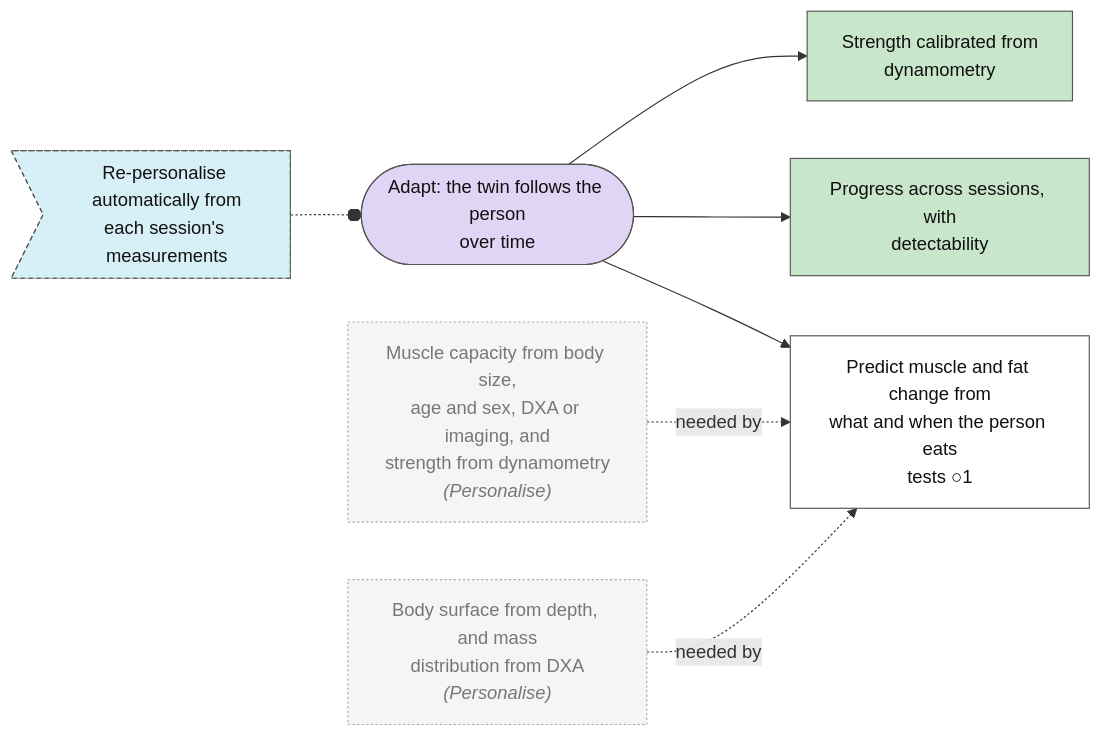
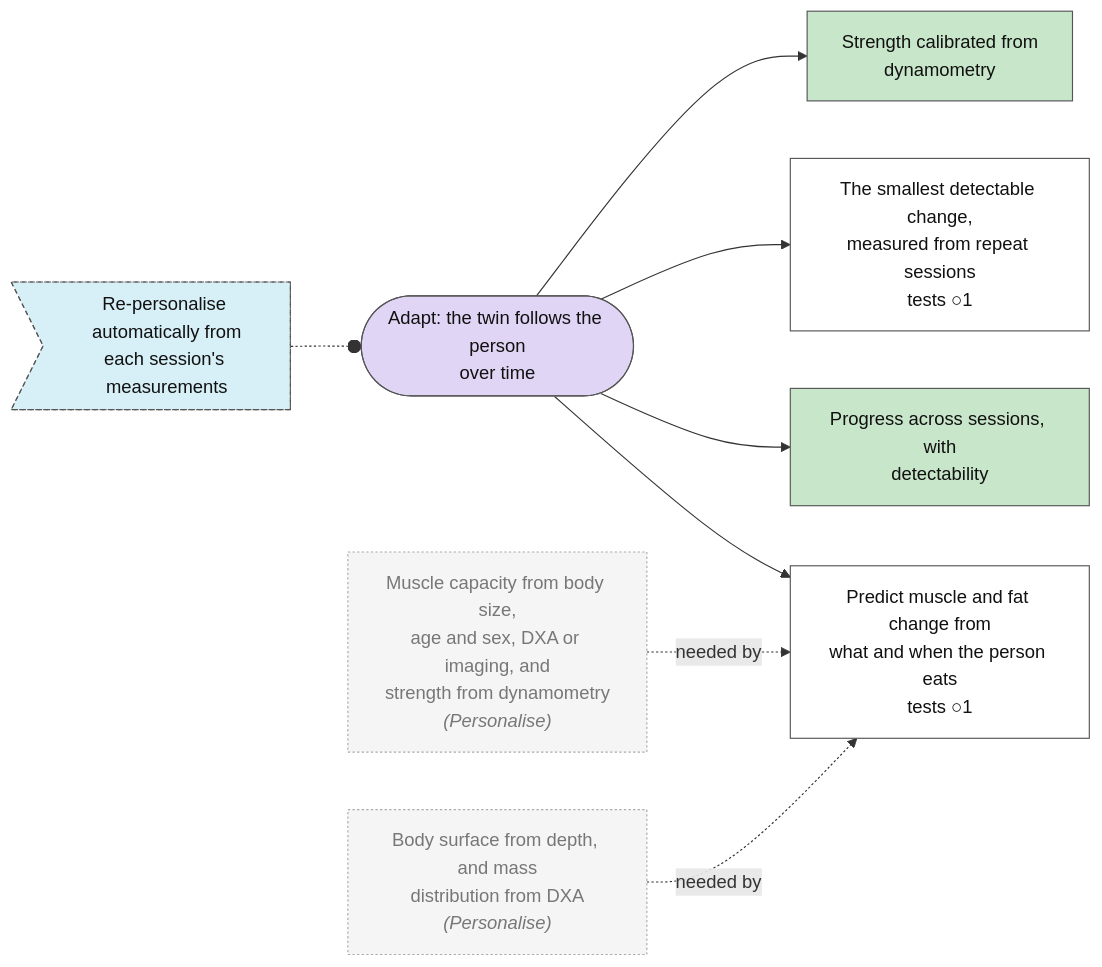
One commit to Sigurius23/Rehab-agent changed the fifth of 7 diagrams in plan/MAP.md. Above: the diagram before and after it, drawn with Mermaid. The commit also changed other lines of this file and 30 other files, not shown here.

````diff
--- a/plan/MAP.md
+++ b/plan/MAP.md
@@ -292,35 +318,37 @@
 ```mermaid
 flowchart LR
   n0["Predict muscle and fat change from<br/>what and when the person eats<br/>tests ○1"]:::step_open
   n1["Progress across sessions, with<br/>detectability"]:::step_done
-  n2["Strength calibrated from<br/>dynamometry"]:::step_done
-  n3>"Re-personalise automatically from<br/>each session's measurements"]:::idea_new
-  n4(["Adapt: the twin follows the person<br/>over time"]):::goal_open
-  n5["Muscle capacity from body size,<br/>age and sex, DXA or imaging, and<br/>strength from dynamometry<br/><i>(Personalise)</i>"]:::external
-  n6["Body surface from depth, and mass<br/>distribution from DXA<br/><i>(Personalise)</i>"]:::external
-  n4 --> n0
-  n5 -. needed by .-> n0
+  n2["The smallest detectable change,<br/>measured from repeat sessions<br/>tests ○1"]:::step_open
+  n3["Strength calibrated from<br/>dynamometry"]:::step_done
+  n4>"Re-personalise automatically from<br/>each session's measurements"]:::idea_new
+  n5(["Adapt: the twin follows the person<br/>over time"]):::goal_open
+  n6["Muscle capacity from body size,<br/>age and sex, DXA or imaging, and<br/>strength from dynamometry<br/><i>(Personalise)</i>"]:::external
+  n7["Body surface from depth, and mass<br/>distribution from DXA<br/><i>(Personalise)</i>"]:::external
+  n5 --> n0
   n6 -. needed by .-> n0
-  n4 --> n1
-  n4 --> n2
-  n3 -.-o n4
+  n7 -. needed by .-> n0
+  n5 --> n1
+  n5 --> n2
+  n5 --> n3
+  n4 -.-o n5
   classDef goal_open fill:#e1d5f5,stroke:#555,color:#111
   classDef goal_done fill:#c8e6c9,stroke:#555,color:#111
   classDef step_open fill:#ffffff,stroke:#555,color:#111
   classDef step_doing fill:#fff3c4,stroke:#555,color:#111
   classDef step_done fill:#c8e6c9,stroke:#555,color:#111
   classDef step_blocked fill:#ffe0b2,stroke:#555,color:#111
   classDef step_dropped fill:#eeeeee,stroke:#555,color:#111
   classDef test_planned fill:#ffffff,stroke:#555,color:#111
   classDef test_running fill:#fff3c4,stroke:#555,color:#111
   classDef test_passed fill:#c8e6c9,stroke:#555,color:#111
   classDef test_failed fill:#ffcdd2,stroke:#555,color:#111
   classDef test_mixed fill:#fff3c4,stroke:#555,color:#111
   classDef test_dropped fill:#eeeeee,stroke:#555,color:#111
   classDef idea_new fill:#d7f0f7,stroke:#555,color:#111,stroke-dasharray: 4 3
   classDef idea_promoted fill:#eeeeee,stroke:#555,color:#111,stroke-dasharray: 4 3
   classDef idea_dropped fill:#eeeeee,stroke:#555,color:#111,stroke-dasharray: 4 3
   classDef decision_open fill:#ffe0b2,stroke:#555,color:#111
   classDef decision_decided fill:#ffe0b2,stroke:#555,color:#111
   classDef external fill:#f5f5f5,stroke:#aaa,color:#777,stroke-dasharray: 2 2
 ```
````
